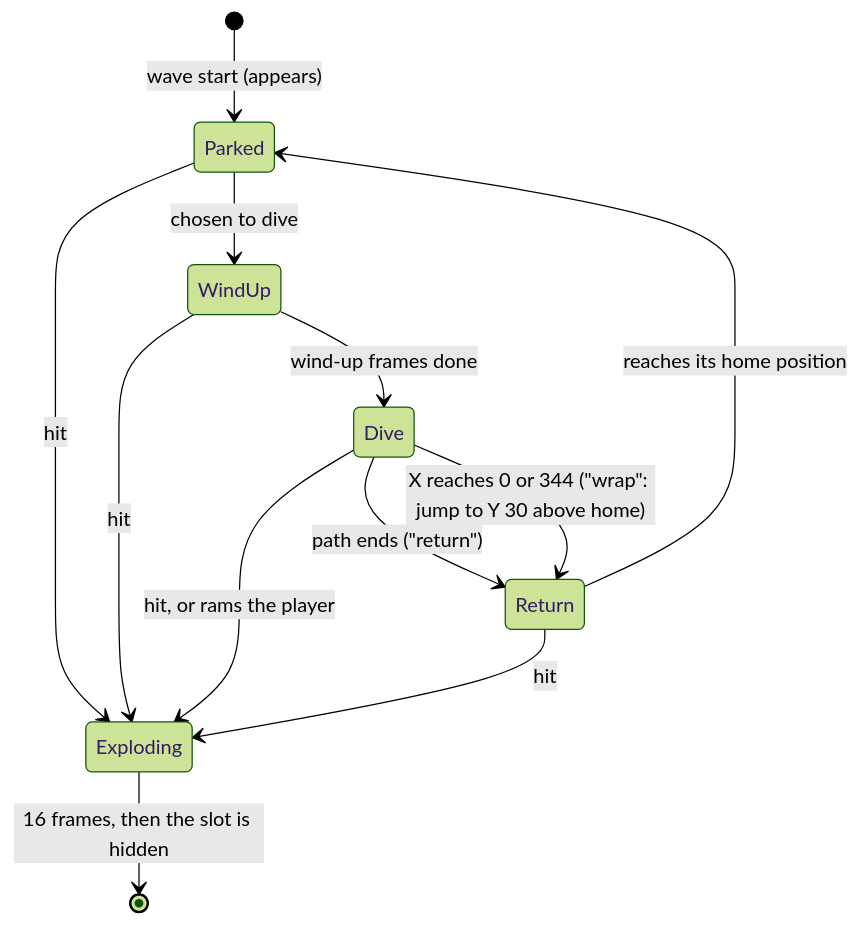
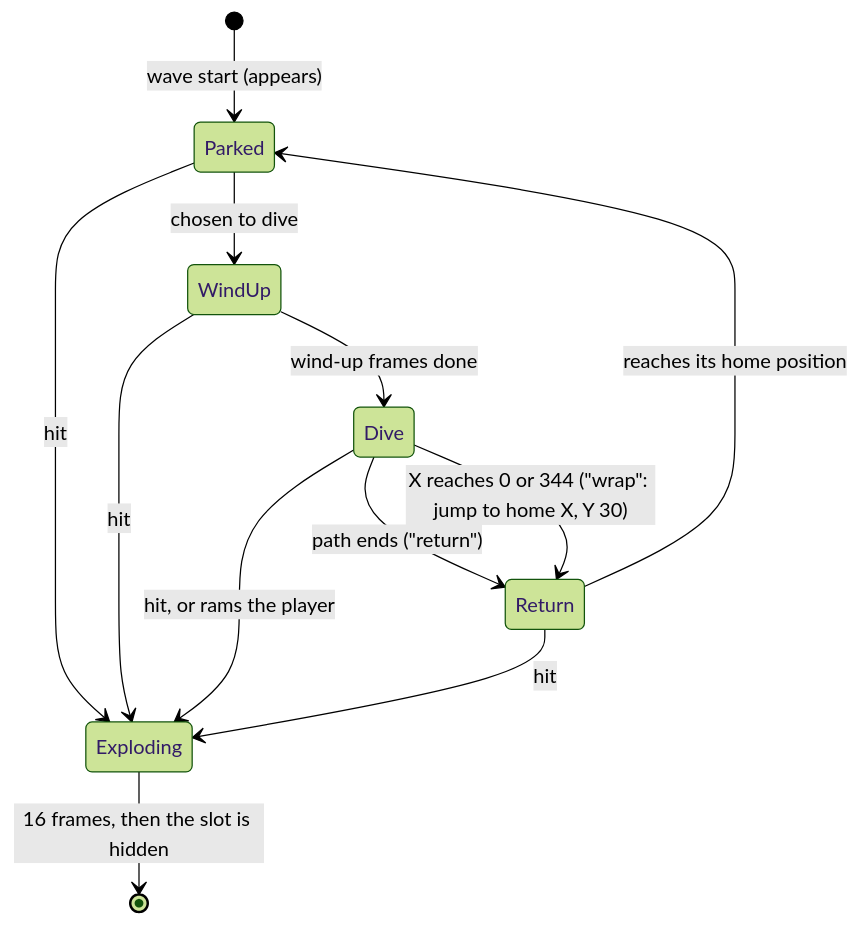
Before and after one commit to s474/vs64_software_house: the first of 2 diagrams in docs/games/swarm/design.md, drawn with Mermaid (forest theme). The commit also changed other lines of this file, not shown here.

First line of the commit message:
Swarm design: clarify the wrap label and the 24-sprites-in-range qualifier

````diff
--- a/docs/games/swarm/design.md
+++ b/docs/games/swarm/design.md
@@ -138,14 +138,14 @@
 ```mermaid
 stateDiagram-v2
     [*] --> Parked: wave start (appears)
     Parked --> WindUp: chosen to dive
     WindUp --> Dive: wind-up frames done
     Dive --> Return: path ends ("return")
-    Dive --> Return: X reaches 0 or 344 ("wrap": jump to Y 30 above home)
+    Dive --> Return: X reaches 0 or 344 ("wrap": jump to home X, Y 30)
     Return --> Parked: reaches its home position
     Parked --> Exploding: hit
     WindUp --> Exploding: hit
     Dive --> Exploding: hit, or rams the player
     Return --> Exploding: hit
     Exploding --> [*]: 16 frames, then the slot is hidden
 ```
````
